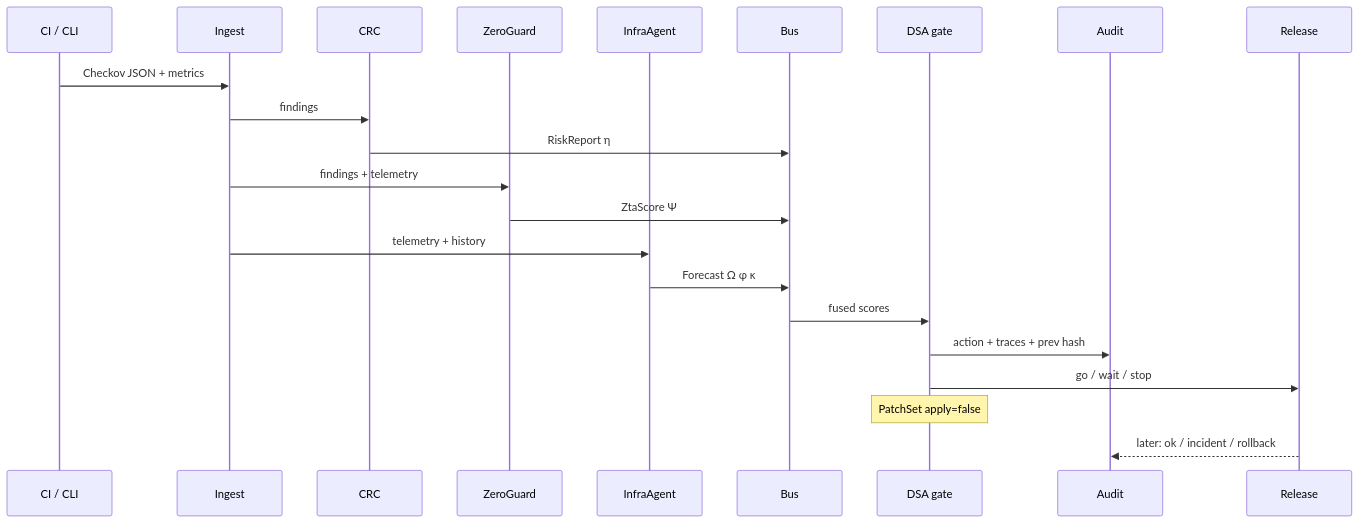
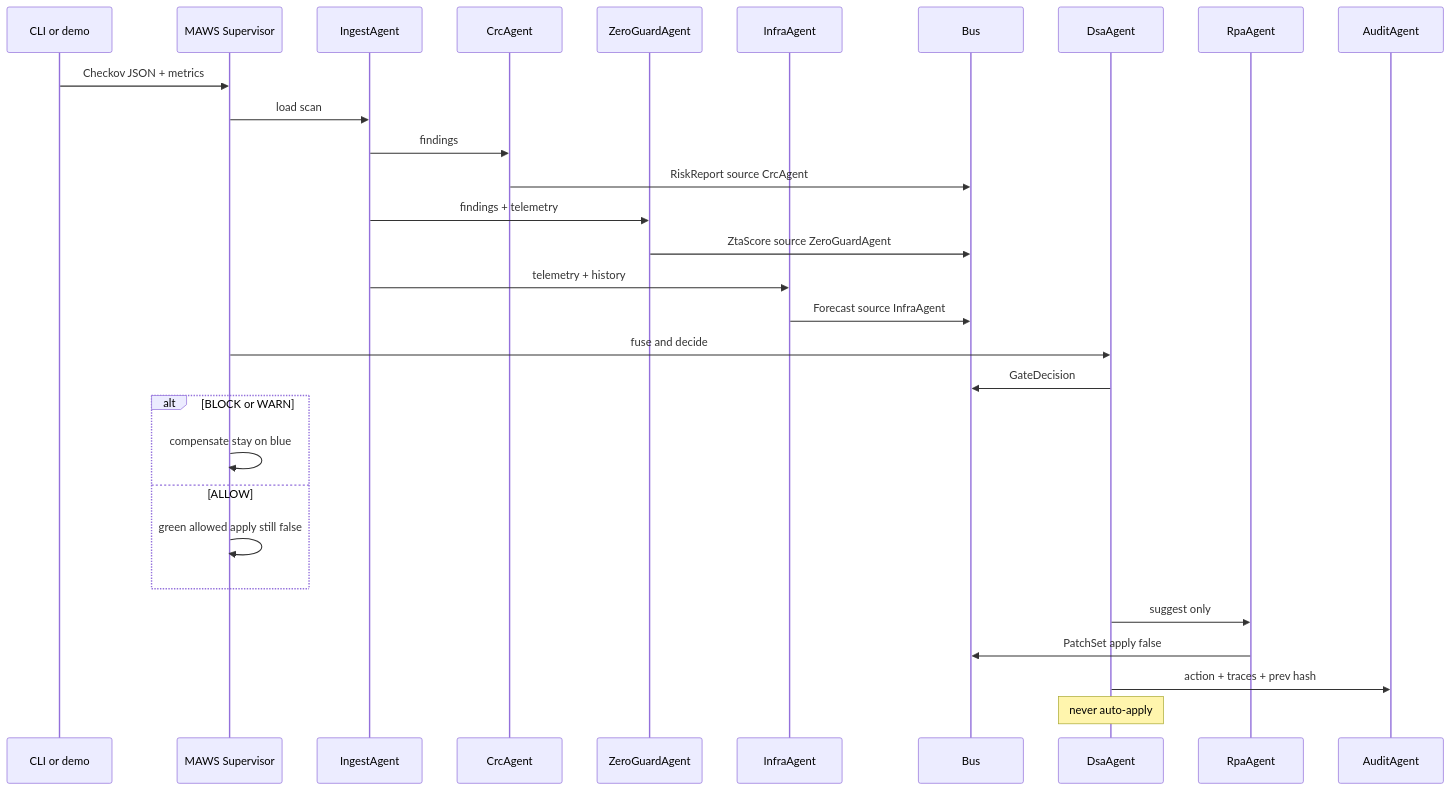
The third of 6 diagrams in ARCHITECTURE.md (harishapuri/unifiedframework), drawn with Mermaid before and after one commit. The commit also changed other lines of this file and 1 other file, not shown here.

Commit message:
Show the MAWS hive as the orchestrator on the architecture diagrams.

````diff
--- a/ARCHITECTURE.md
+++ b/ARCHITECTURE.md
@@ -161,25 +182,33 @@
 ```mermaid
 sequenceDiagram
-  participant CI as CI / CLI
-  participant In as Ingest
-  participant CRC as CRC
-  participant ZG as ZeroGuard
+  participant CLI as CLI or demo
+  participant Sup as MAWS Supervisor
+  participant In as IngestAgent
+  participant CRC as CrcAgent
+  participant ZG as ZeroGuardAgent
   participant IA as InfraAgent
   participant Bus as Bus
-  participant DSA as DSA gate
-  participant Aud as Audit
-  participant Ops as Release
+  participant DSA as DsaAgent
+  participant Rpa as RpaAgent
+  participant Aud as AuditAgent
 
-  CI->>In: Checkov JSON + metrics
+  CLI->>Sup: Checkov JSON + metrics
+  Sup->>In: load scan
   In->>CRC: findings
-  CRC->>Bus: RiskReport η
+  CRC->>Bus: RiskReport source CrcAgent
   In->>ZG: findings + telemetry
-  ZG->>Bus: ZtaScore Ψ
+  ZG->>Bus: ZtaScore source ZeroGuardAgent
   In->>IA: telemetry + history
-  IA->>Bus: Forecast Ω φ κ
-  Bus->>DSA: fused scores
+  IA->>Bus: Forecast source InfraAgent
+  Sup->>DSA: fuse and decide
+  DSA->>Bus: GateDecision
+  alt BLOCK or WARN
+    Sup->>Sup: compensate stay on blue
+  else ALLOW
+    Sup->>Sup: green allowed apply still false
+  end
+  DSA->>Rpa: suggest only
+  Rpa->>Bus: PatchSet apply false
   DSA->>Aud: action + traces + prev hash
-  DSA->>Ops: go / wait / stop
-  Note over DSA: PatchSet apply=false
-  Ops-->>Aud: later: ok / incident / rollback
+  Note over DSA: never auto-apply
 ```
````
